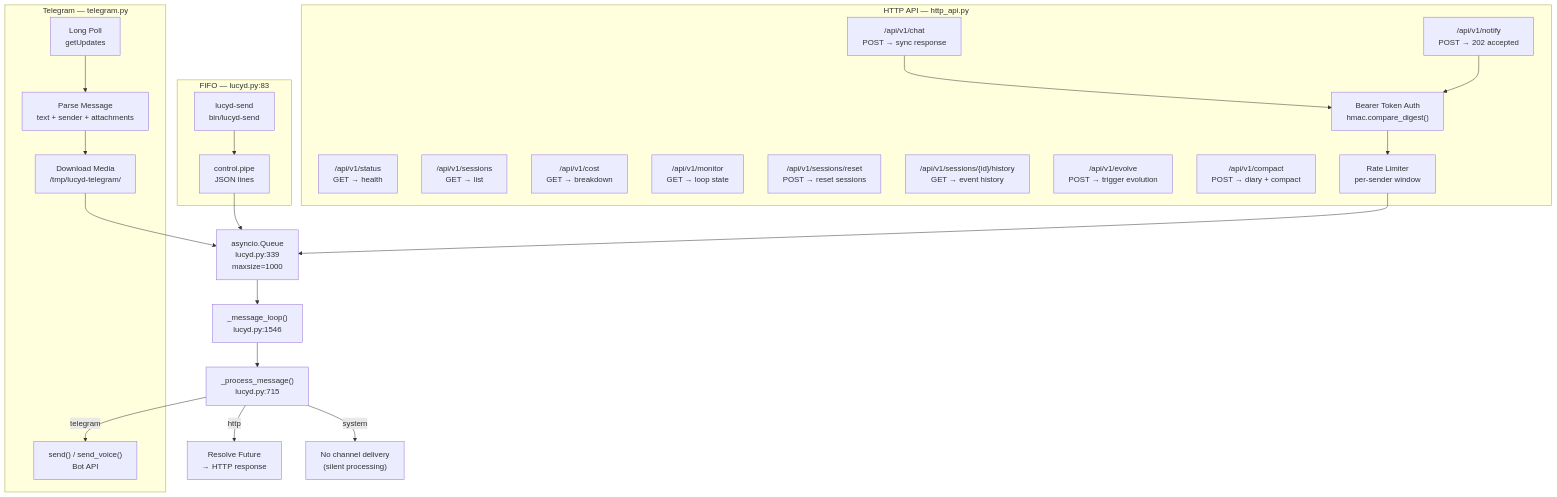
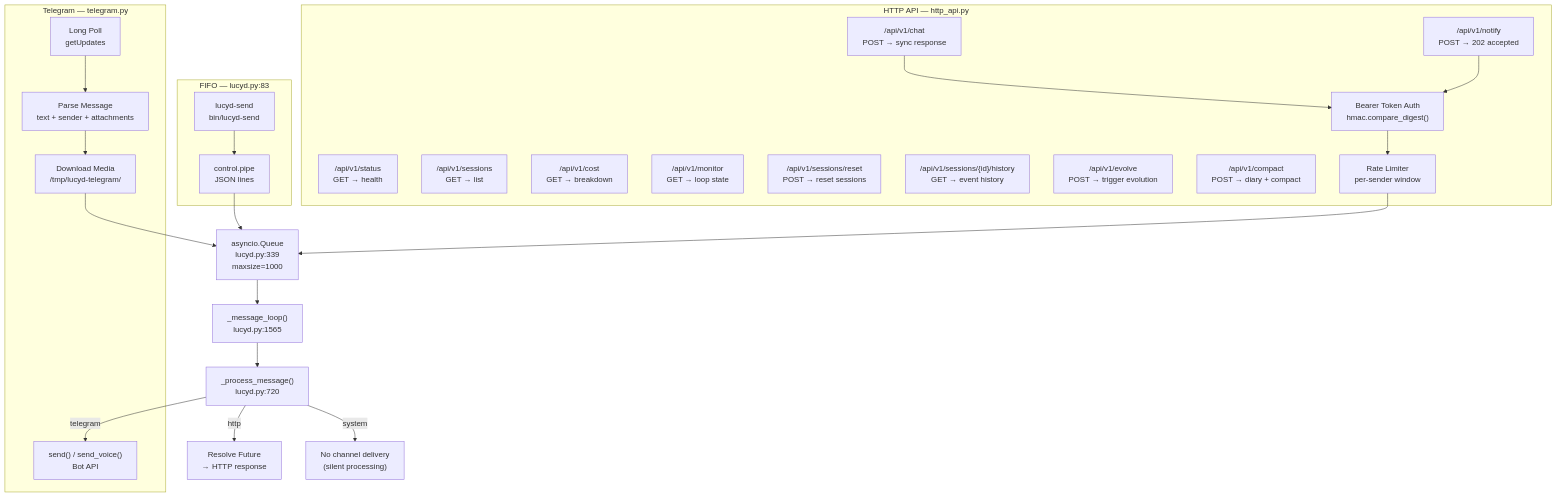
Before and after one commit to nicolasforstinger/lucyd: the eighth of 8 diagrams in docs/diagrams.md, drawn with Mermaid. The commit also changed other lines of this file and 42 other files, not shown here.

````diff
--- a/docs/diagrams.md
+++ b/docs/diagrams.md
@@ -320,44 +320,44 @@
 ```mermaid
 flowchart TD
     subgraph Telegram["Telegram — telegram.py"]
         POLL["Long Poll<br/>getUpdates"]
         PARSE["Parse Message<br/>text + sender + attachments"]
         DL["Download Media<br/>/tmp/lucyd-telegram/"]
         SEND_TG["send() / send_voice()<br/>Bot API"]
     end
 
     subgraph HTTP["HTTP API — http_api.py"]
         CHAT["/api/v1/chat<br/>POST → sync response"]
         NOTIFY["/api/v1/notify<br/>POST → 202 accepted"]
         STATUS["/api/v1/status<br/>GET → health"]
         SESSIONS_EP["/api/v1/sessions<br/>GET → list"]
         COST_EP["/api/v1/cost<br/>GET → breakdown"]
         MONITOR_EP["/api/v1/monitor<br/>GET → loop state"]
         RESET_EP["/api/v1/sessions/reset<br/>POST → reset sessions"]
         HISTORY_EP["/api/v1/sessions/{id}/history<br/>GET → event history"]
         EVOLVE_EP["/api/v1/evolve<br/>POST → trigger evolution"]
         COMPACT_EP["/api/v1/compact<br/>POST → diary + compact"]
         AUTH["Bearer Token Auth<br/>hmac.compare_digest()"]
         RATE["Rate Limiter<br/>per-sender window"]
     end
 
     subgraph CLI["FIFO — lucyd.py:83"]
         PIPE["control.pipe<br/>JSON lines"]
         SEND_CLI["lucyd-send<br/>bin/lucyd-send"]
     end
 
     Q["asyncio.Queue<br/>lucyd.py:339<br/>maxsize=1000"]
 
     POLL --> PARSE --> DL --> Q
     SEND_CLI --> PIPE --> Q
     CHAT --> AUTH
     NOTIFY --> AUTH
     AUTH --> RATE --> Q
 
-    Q --> LOOP["_message_loop()<br/>lucyd.py:1546"]
-    LOOP --> PROCESS["_process_message()<br/>lucyd.py:715"]
+    Q --> LOOP["_message_loop()<br/>lucyd.py:1565"]
+    LOOP --> PROCESS["_process_message()<br/>lucyd.py:720"]
 
     PROCESS -->|telegram| SEND_TG
     PROCESS -->|http| FUTURE["Resolve Future<br/>→ HTTP response"]
     PROCESS -->|system| SUPPRESS["No channel delivery<br/>(silent processing)"]
 ```
````
